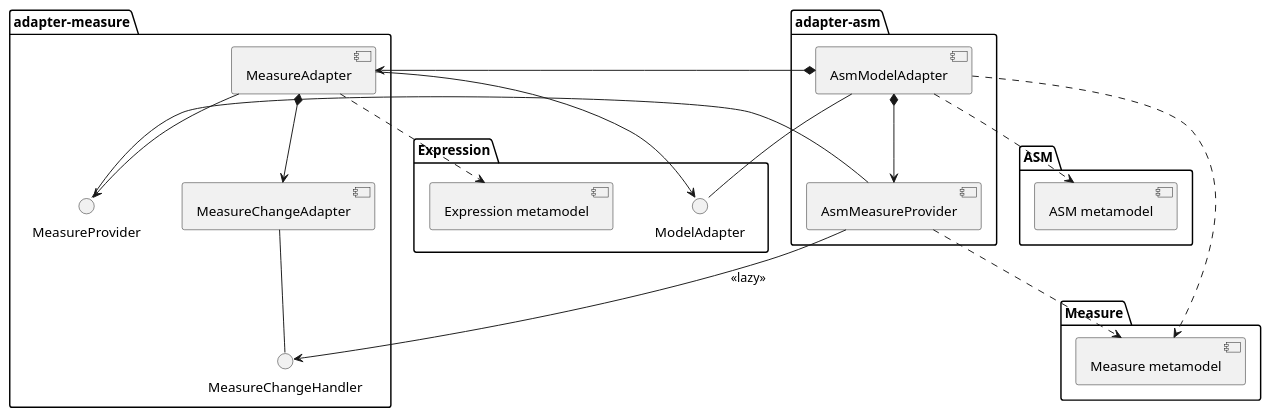
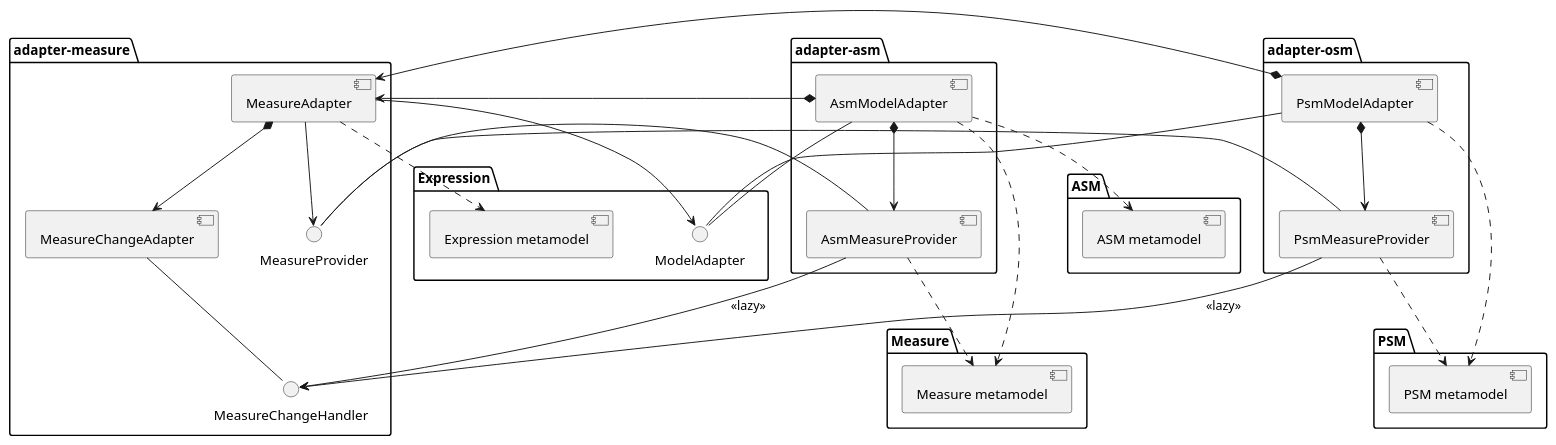
One commit to BlackBeltTechnology/judo-meta-expression changed the diagram in README.adoc. Above: the diagram before and after it, drawn with PlantUML. The commit also changed 11 other files, not shown here.

Commit message:
add PSM adapter skeleton, update overview diagram

```diff
--- a/README.adoc
+++ b/README.adoc
@@ -5,37 +5,51 @@
 [plantuml, expression-modules-overview, alt="Overview of expression modules"]
 ----
 
 package "Expression" {
   [Expression metamodel]
 
   interface ModelAdapter
 }
 
 package "ASM" {
     [ASM metamodel]
 }
 
 package "Measure" {
     [Measure metamodel]
+}
+
+package "PSM" {
+    [PSM metamodel]
 }
 
 package "adapter-measure" {
     ModelAdapter <-- [MeasureAdapter]
     [MeasureAdapter] ..> [Expression metamodel]
     [MeasureAdapter] --> MeasureProvider
     [MeasureAdapter] *--> [MeasureChangeAdapter]
     [MeasureChangeAdapter] -- MeasureChangeHandler
 }
 
 package "adapter-asm" {
     MeasureProvider -- [AsmMeasureProvider]
     [AsmModelAdapter] -- ModelAdapter
     [AsmModelAdapter] ..> [ASM metamodel]
     [AsmModelAdapter] ..> [Measure metamodel]
     [AsmModelAdapter] *--> [AsmMeasureProvider]
     [AsmModelAdapter] *--> [MeasureAdapter]
     [AsmMeasureProvider] --> MeasureChangeHandler : "<<lazy>>"
     [AsmMeasureProvider] ..> [Measure metamodel]
 }
 
+package "adapter-osm" {
+    MeasureProvider -- [PsmMeasureProvider]
+    [PsmModelAdapter] -- ModelAdapter
+    [PsmModelAdapter] ..> [PSM metamodel]
+    [PsmModelAdapter] *--> [PsmMeasureProvider]
+    [PsmModelAdapter] *--> [MeasureAdapter]
+    [PsmMeasureProvider] --> MeasureChangeHandler : "<<lazy>>"
+    [PsmMeasureProvider] ..> [PSM metamodel]
+}
+
 ----
```
